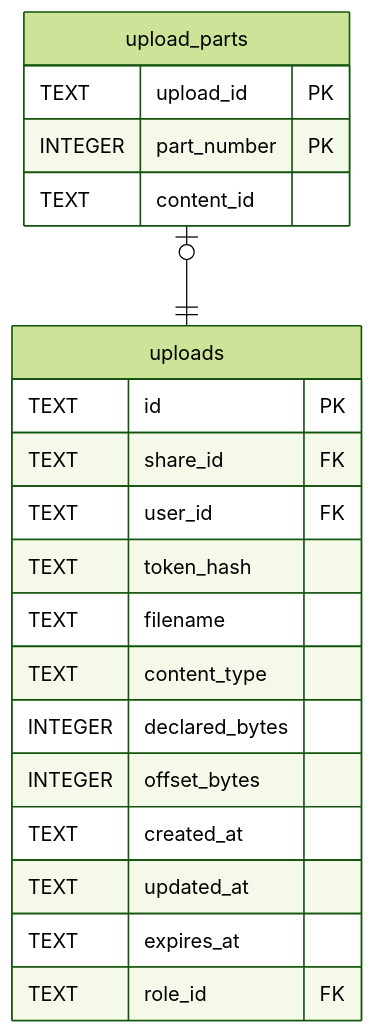
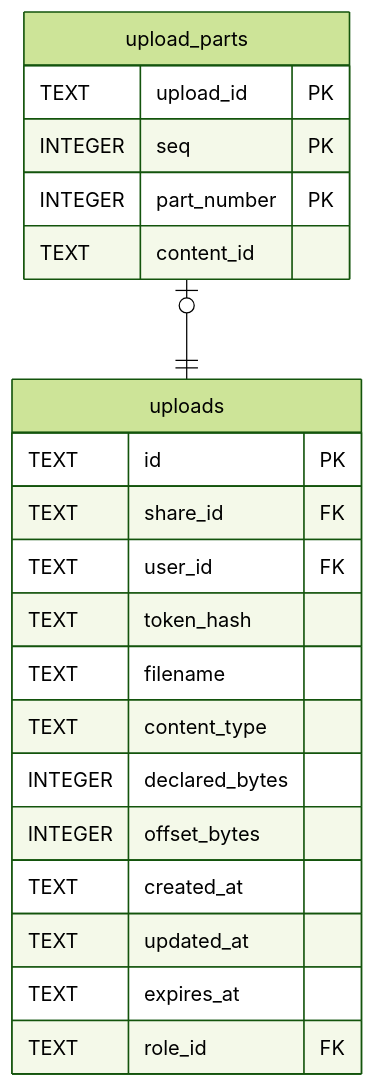
Before and after one commit to Limatura/tessera: the diagram in docs/schema/upload_parts.md, drawn with Mermaid (forest theme). The commit also changed other lines of this file and 15 other files, not shown here.

````diff
--- a/docs/schema/upload_parts.md
+++ b/docs/schema/upload_parts.md
@@ -47,25 +51,26 @@
 ```mermaid
 erDiagram
 
 "upload_parts" |o--|| "uploads" : ""
 
 "upload_parts" {
   TEXT upload_id PK
+  INTEGER seq PK
   INTEGER part_number PK
   TEXT content_id
 }
 "uploads" {
   TEXT id PK
   TEXT share_id FK
   TEXT user_id FK
   TEXT token_hash
   TEXT filename
   TEXT content_type
   INTEGER declared_bytes
   INTEGER offset_bytes
   TEXT created_at
   TEXT updated_at
   TEXT expires_at
   TEXT role_id FK
 }
 ```
````
